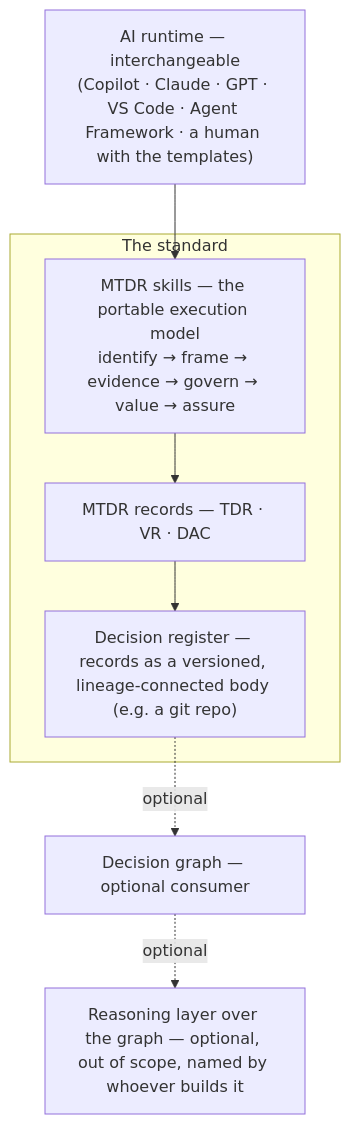
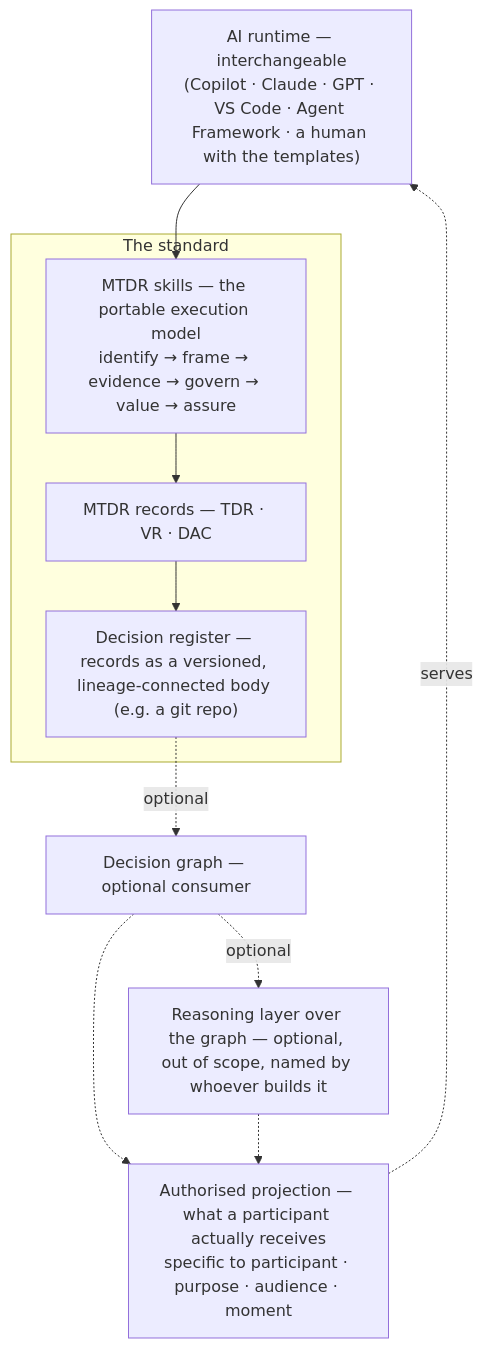
The diagram in ARCHITECTURE.md (saileshpanchal/mtdr), drawn with Mermaid before and after one commit. The commit also changed other lines of this file, not shown here.

First line of the commit message:
ARCHITECTURE.md — bring level with v1.10.0: projection step and enforcement column

````diff
--- a/ARCHITECTURE.md
+++ b/ARCHITECTURE.md
@@ -13,18 +13,22 @@
 ```mermaid
 flowchart TD
     R["AI runtime — interchangeable<br/>(Copilot · Claude · GPT · VS Code · Agent Framework · a human with the templates)"]
     S["MTDR skills — the portable execution model<br/>identify → frame → evidence → govern → value → assure"]
     Rec["MTDR records — TDR · VR · DAC"]
     Reg["Decision register — records as a versioned, lineage-connected body (e.g. a git repo)"]
     G["Decision graph — optional consumer"]
     TI["Reasoning layer over the graph — optional, out of scope, named by whoever builds it"]
+    P["Authorised projection — what a participant actually receives<br/>specific to participant · purpose · audience · moment"]
 
     R --> S --> Rec --> Reg
     Reg -.->|optional| G -.->|optional| TI
+    G -.-> P
+    TI -.-> P
+    P -.->|serves| R
 
     subgraph STD ["The standard"]
         S
         Rec
         Reg
     end
 ```
````
